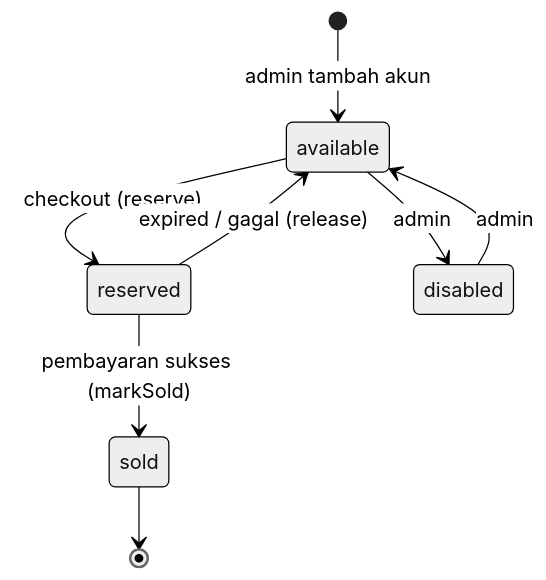
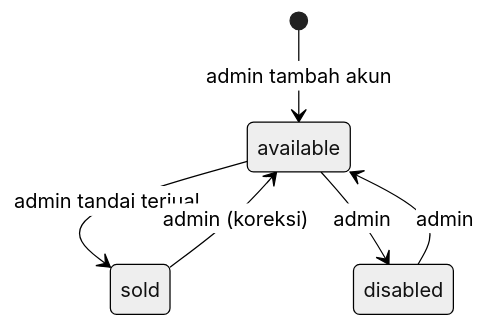
One commit to ilhamfajarandika/zeth-market changed the first of 5 diagrams in docs/BUSINESS_FLOW.md. Above: the diagram before and after it, drawn with Mermaid (neutral theme). The commit also changed other lines of this file and 49 other files, not shown here.

````diff
--- a/docs/BUSINESS_FLOW.md
+++ b/docs/BUSINESS_FLOW.md
@@ -32,10 +33,8 @@
 ```mermaid
 stateDiagram-v2
     [*] --> available: admin tambah akun
-    available --> reserved: checkout (reserve)
-    reserved --> sold: pembayaran sukses (markSold)
-    reserved --> available: expired / gagal (release)
+    available --> sold: admin tandai terjual
     available --> disabled: admin
     disabled --> available: admin
-    sold --> [*]
+    sold --> available: admin (koreksi)
 ```
````
